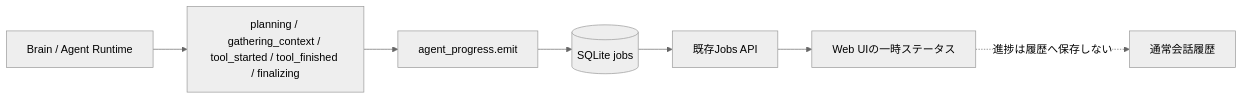
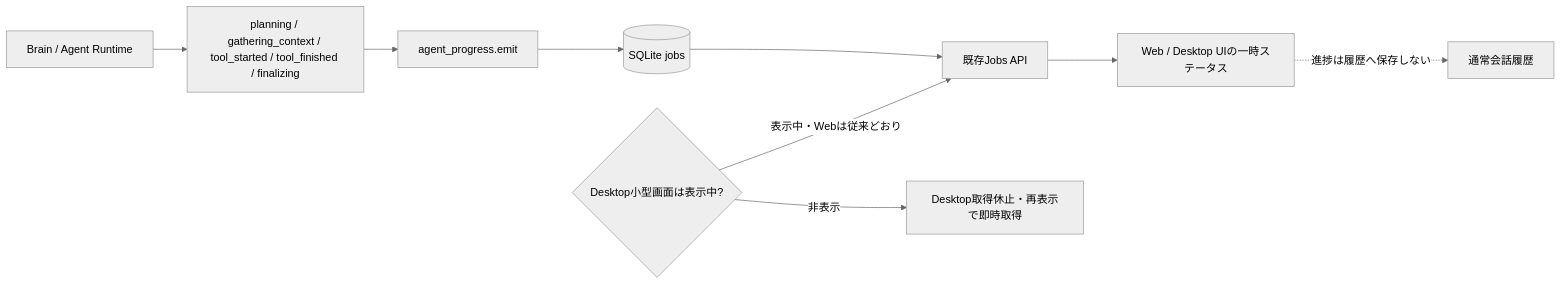
Before and after one commit to Soso2e/PETIT: the tenth of 20 diagrams in docs/runtime-flows.md, drawn with Mermaid (neutral theme). The commit also changed other lines of this file and 28 other files, not shown here.

````diff
--- a/docs/runtime-flows.md
+++ b/docs/runtime-flows.md
@@ -412,13 +412,16 @@
 ```mermaid
 flowchart LR
     runtime[Brain / Agent Runtime]
     events["planning / gathering_context / tool_started / tool_finished / finalizing"]
     emit[agent_progress.emit]
     jobs[(SQLite jobs)]
     api[既存Jobs API]
-    ui[Web UIの一時ステータス]
+    visible{Desktop小型画面は表示中?}
+    ui[Web / Desktop UIの一時ステータス]
     history[通常会話履歴]
 
-    runtime --> events --> emit --> jobs --> api --> ui
+    runtime --> events --> emit --> jobs --> api
+    visible -->|表示中・Webは従来どおり| api --> ui
+    visible -->|非表示| skip[Desktop取得休止・再表示で即時取得]
     ui -.->|進捗は履歴へ保存しない| history
 ```
````
